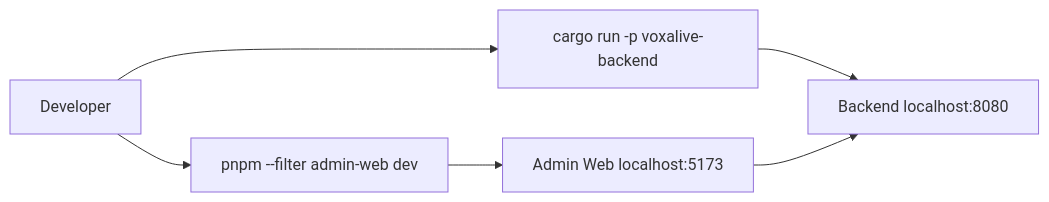
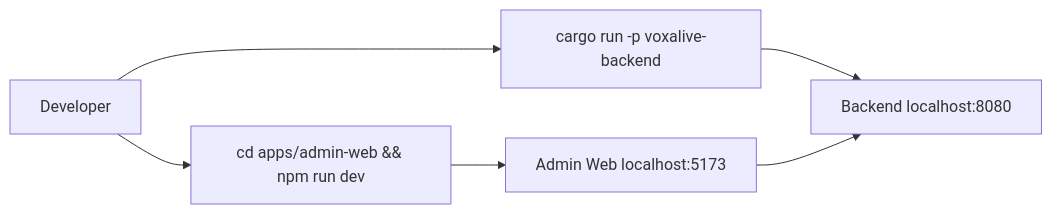
One commit to Jonathan0823/VoxaLive changed the third of 5 diagrams in docs/05_MONOREPO_STRUCTURE.md. Above: the diagram before and after it, drawn with Mermaid. The commit also changed other lines of this file and 7 other files, not shown here.

First line of the commit message:
docs(mvp): align VTS-only scope and build flow

```diff
--- a/docs/05_MONOREPO_STRUCTURE.md
+++ b/docs/05_MONOREPO_STRUCTURE.md
@@ -132,9 +124,9 @@
 ~~~mermaid
 flowchart LR
     Dev[Developer] --> BackendCmd[cargo run -p voxalive-backend]
-    Dev --> FrontendCmd[pnpm --filter admin-web dev]
+    Dev --> FrontendCmd[cd apps/admin-web && npm run dev]
 
     BackendCmd --> Backend[Backend localhost:8080]
     FrontendCmd --> AdminWeb[Admin Web localhost:5173]
     AdminWeb --> Backend
 ~~~
```
